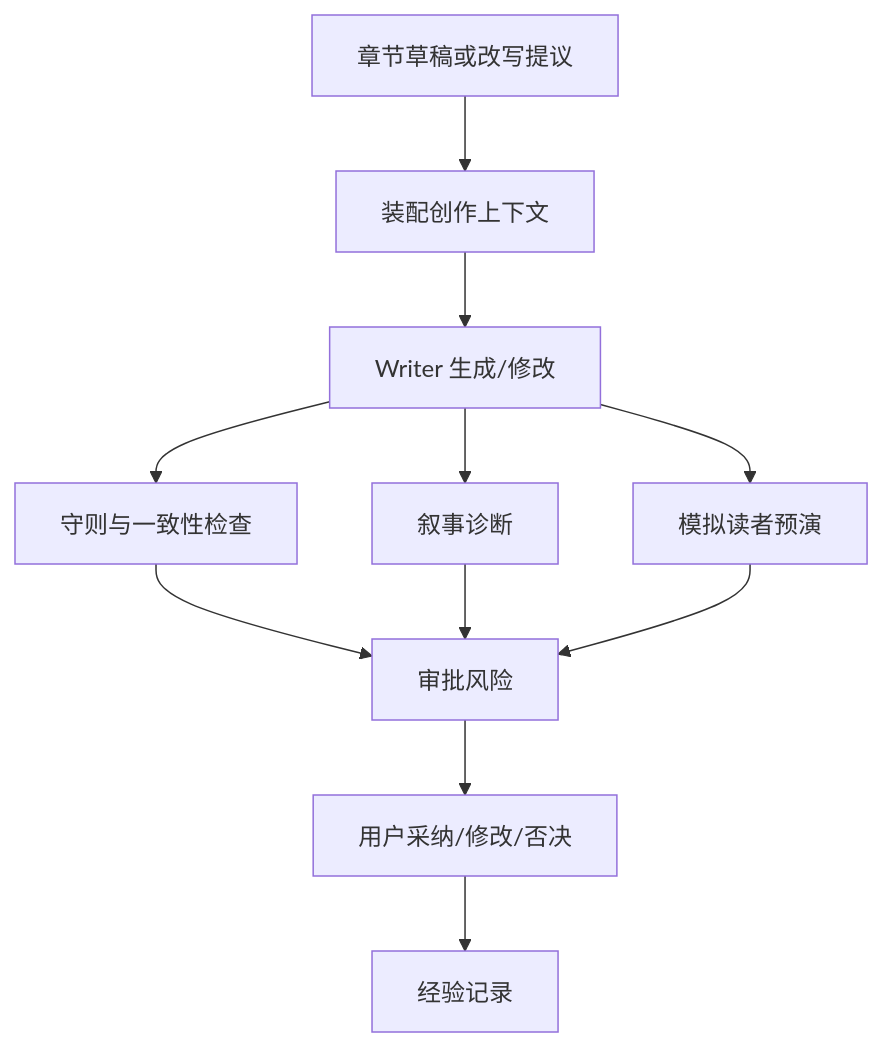
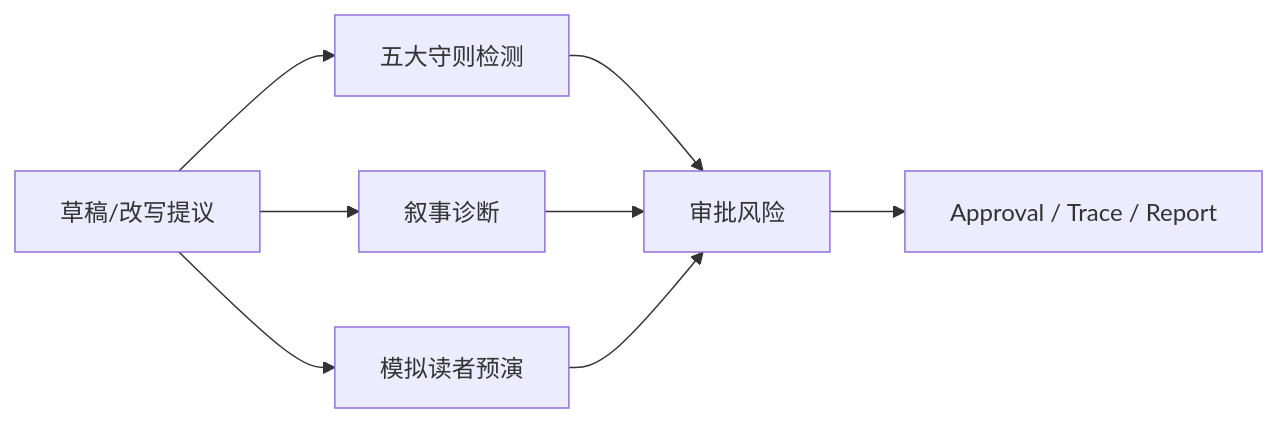
The first of 3 diagrams in spec/08-creative-engine.md (jinhuang712/open-novel), drawn with Mermaid before and after one commit. The commit also changed other lines of this file and 15 other files, not shown here.

````diff
--- a/spec/08-creative-engine.md
+++ b/spec/08-creative-engine.md
@@ -60,13 +7,10 @@
 ```mermaid
-flowchart TD
-  Draft[章节草稿或改写提议] --> Context[装配创作上下文]
-  Context --> Writer[Writer 生成/修改]
-  Writer --> Validator[守则与一致性检查]
-  Writer --> Diagnosis[叙事诊断]
-  Writer --> Reader[模拟读者预演]
-  Validator --> Approval[审批风险]
-  Diagnosis --> Approval
-  Reader --> Approval
-  Approval --> Feedback[用户采纳/修改/否决]
-  Feedback --> Runtime[经验记录]
+flowchart LR
+  Draft[草稿/改写提议] --> Rules[五大守则检测]
+  Draft --> Narrative[叙事诊断]
+  Draft --> Readers[模拟读者预演]
+  Rules --> Risk[审批风险]
+  Narrative --> Risk
+  Readers --> Risk
+  Risk --> Approval[Approval / Trace / Report]
 ```
````
